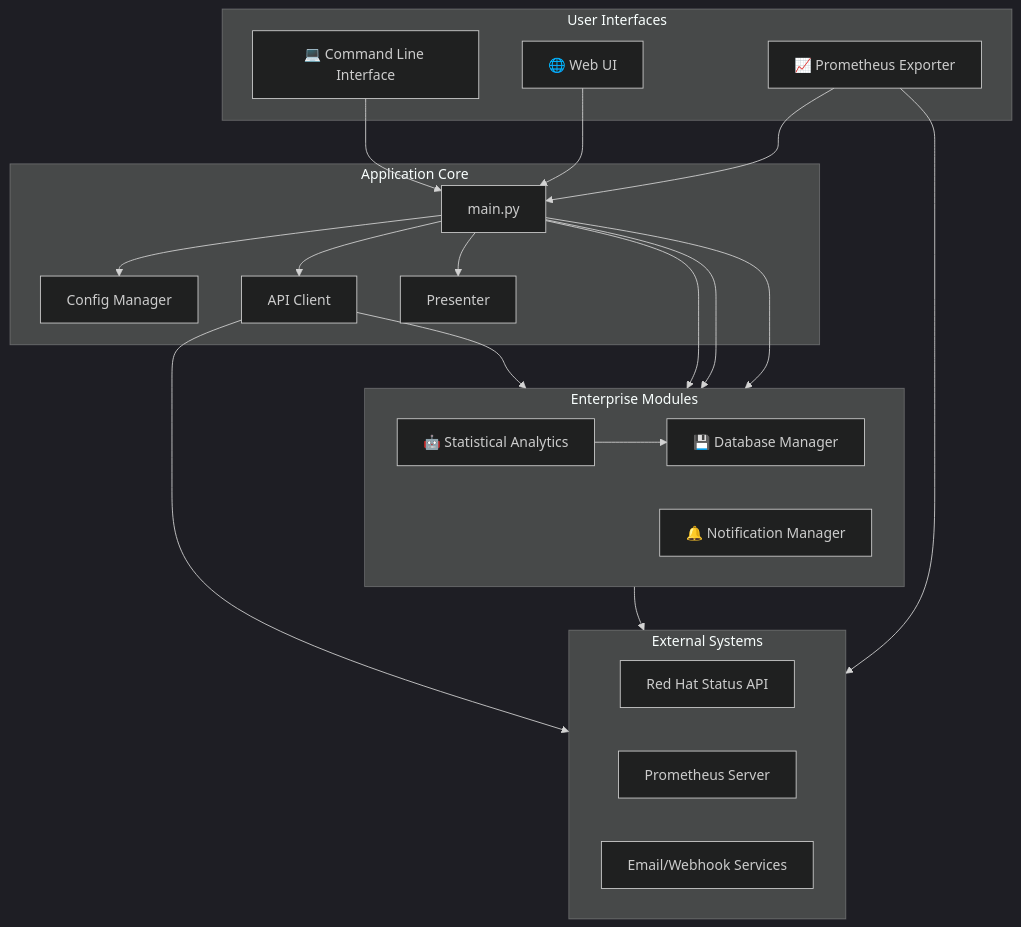
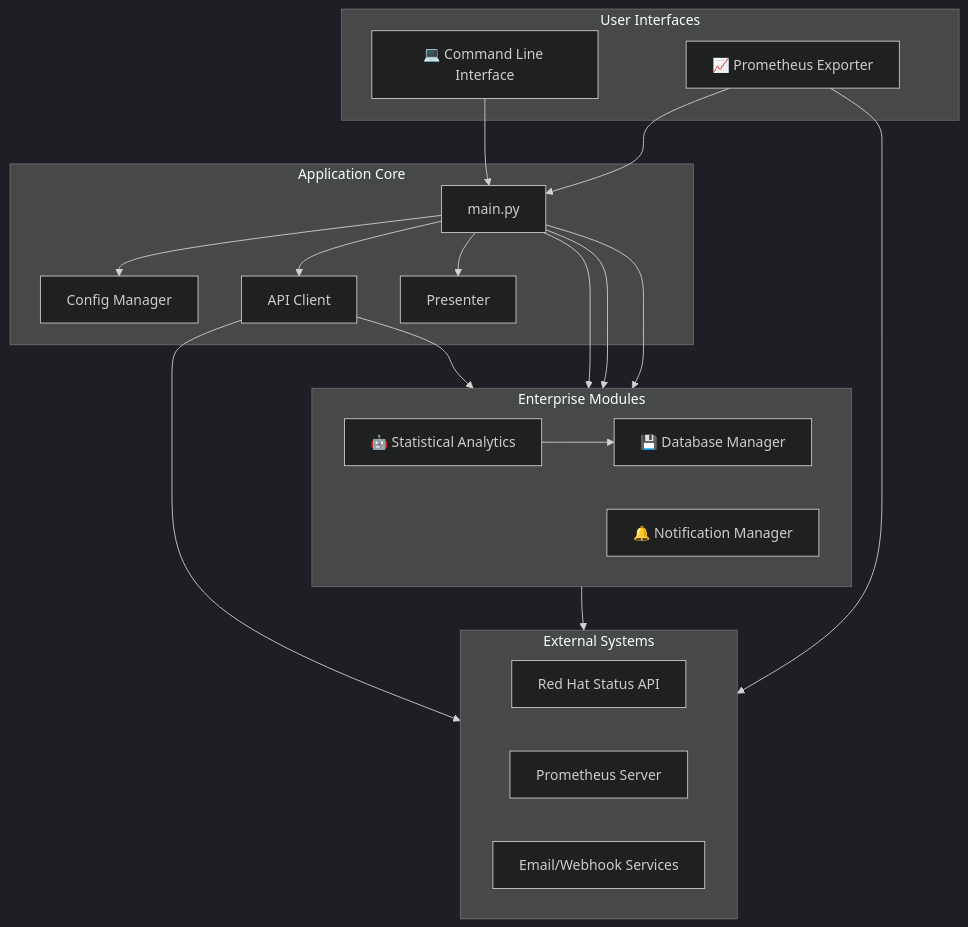
One commit to dapiced/redhat_status_advanced changed the diagram in README.md. Above: the diagram before and after it, drawn with Mermaid (dark theme). The commit also changed other lines of this file and 45 other files, not shown here.

````diff
--- a/README.md
+++ b/README.md
@@ -57,45 +57,43 @@
 ```mermaid
 graph TD
     subgraph "User Interfaces"
         CLI[💻 Command Line Interface]
-        WebUI[🌐 Web UI]
         Exporter[📈 Prometheus Exporter]
     end
 
     subgraph "Application Core"
         Main[main.py]
         Config[Config Manager]
         APIClient[API Client]
         Presenter[Presenter]
     end
 
     subgraph "Enterprise Modules"
         direction LR
         Analytics[🤖 Statistical Analytics]
         Database[💾 Database Manager]
         Notifications[🔔 Notification Manager]
     end
 
     subgraph "External Systems"
         direction LR
         RedHatAPI[Red Hat Status API]
         Prometheus[Prometheus Server]
         SMTP[Email/Webhook Services]
     end
 
     CLI --> Main
-    WebUI --> Main
     Exporter --> Main
     Main --> Config
     Main --> APIClient
     Main --> Presenter
     Main --> Analytics
     Main --> Database
     Main --> Notifications
     
     APIClient --> RedHatAPI
     APIClient --> Database
     Analytics --> Database
     Notifications --> SMTP
     Exporter --> Prometheus
 ```
````
